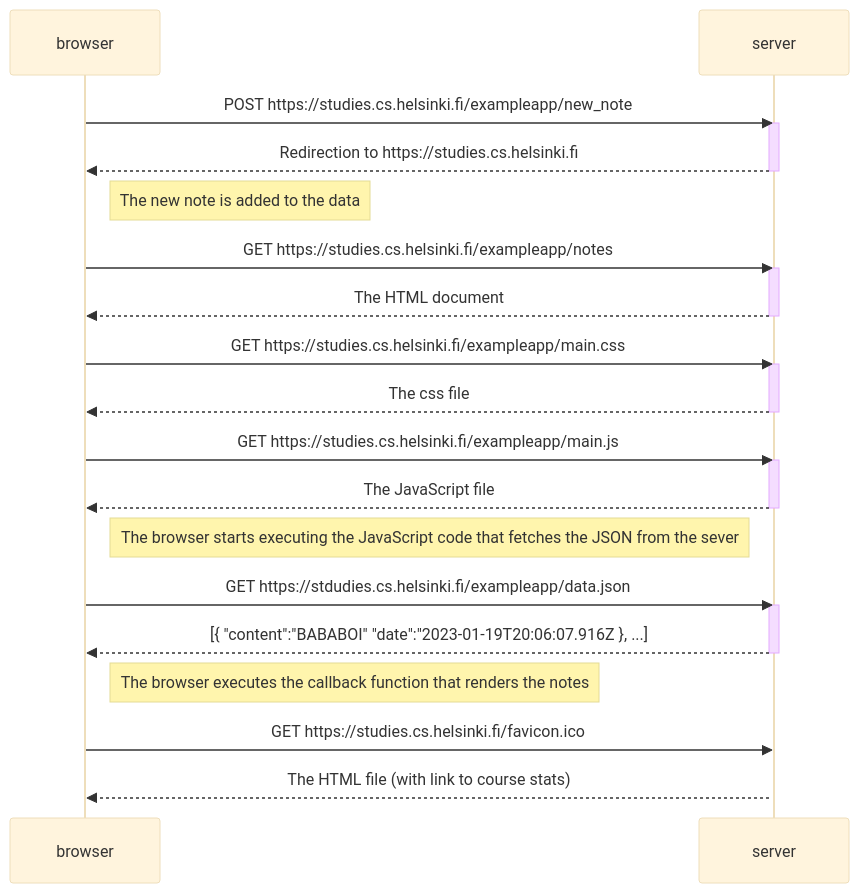
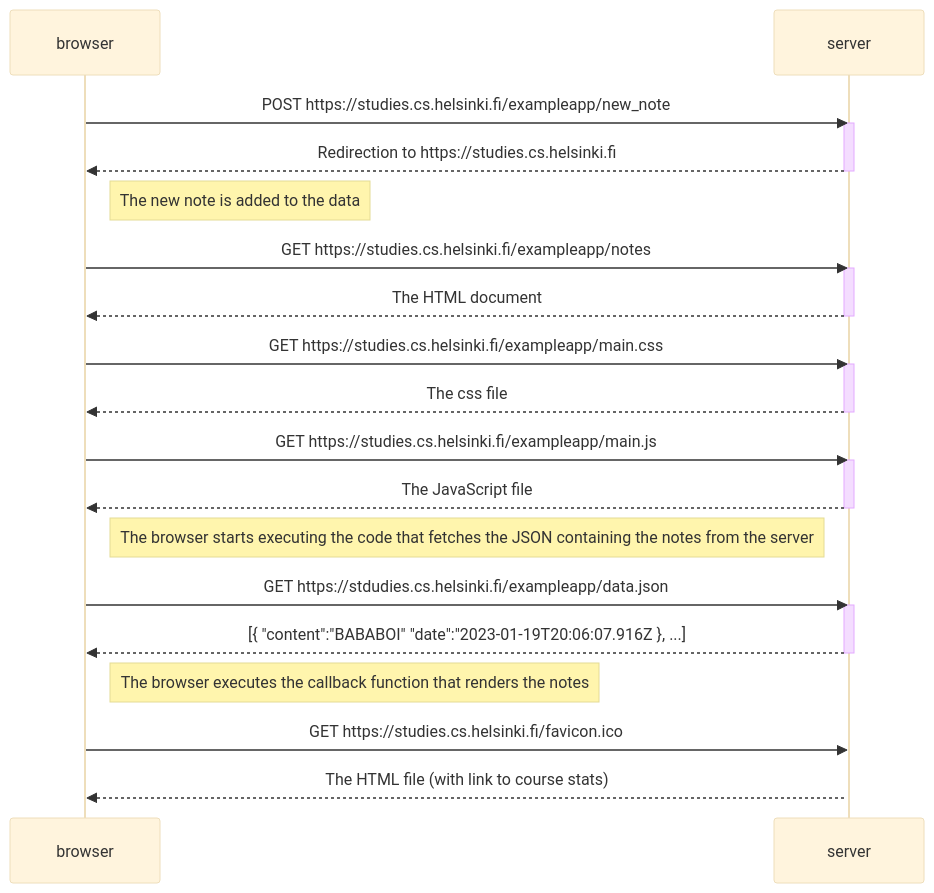
Before and after one commit to Roslofe/FSO: the diagram in part0/0_4_New_Note.md, drawn with Mermaid (base theme). The commit also changed 1 other file, not shown here.

Commit message:
Minor edits to wording.

````diff
--- a/part0/0_4_New_Note.md
+++ b/part0/0_4_New_Note.md
@@ -1,38 +1,38 @@
 ```mermaid
 	sequenceDiagram
 		participant browser
 		participant server
 		browser->>server: POST https://studies.cs.helsinki.fi/exampleapp/new_note
 		activate server
 		server-->>browser: Redirection to https://studies.cs.helsinki.fi
 		deactivate server
 		Note right of browser: The new note is added to the data
 		
 		browser->>server: GET https://studies.cs.helsinki.fi/exampleapp/notes
 		activate server
 		server-->>browser: The HTML document
 		deactivate server
 	
 		browser->>server: GET https://studies.cs.helsinki.fi/exampleapp/main.css
 		activate server
 		server-->>browser: The css file
 		deactivate server
 	
 		browser->>server: GET https://studies.cs.helsinki.fi/exampleapp/main.js
 		activate server
 		server-->>browser: The JavaScript file
 		deactivate server
 
-		Note right of browser: The browser starts executing the JavaScript code that fetches the JSON from the sever
+		Note right of browser: The browser starts executing the code that fetches the JSON containing the notes from the server
 	
 		browser->>server: GET https://stdudies.cs.helsinki.fi/exampleapp/data.json
 		activate server
 		server-->>browser: [{ "content":"BABABOI" "date":"2023-01-19T20:06:07.916Z }, ...]
 		deactivate server
 		
 		Note right of browser: The browser executes the callback function that renders the notes
 		
 		browser->>server: GET https://studies.cs.helsinki.fi/favicon.ico
 		activate server
 		server-->>browser: The HTML file (with link to course stats)
 ```
````
